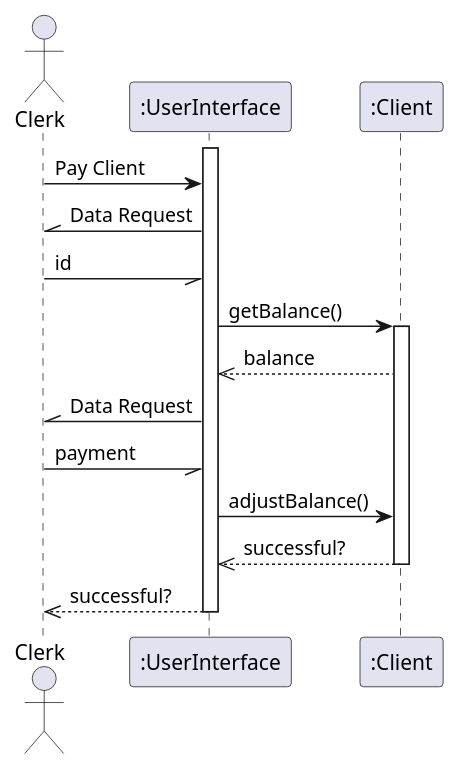
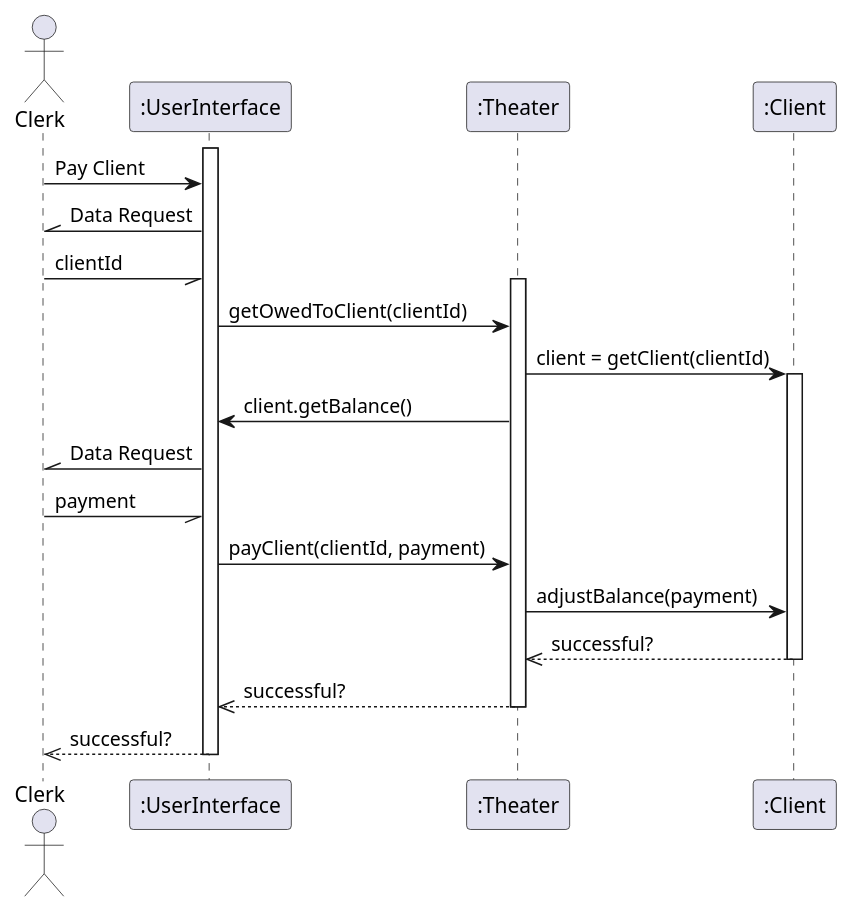
Before and after one commit to FreezeWarp/372Groupwork: the diagram in src/SequenceDiagrams/payClient.pu, drawn with PlantUML. The commit also changed 1 other file, not shown here.

Commit message:
Fixed/updated payClient sequence diagram

```diff
--- a/src/SequenceDiagrams/payClient.pu
+++ b/src/SequenceDiagrams/payClient.pu
@@ -1,20 +1,25 @@
 @startuml
 
 actor Clerk
 
 activate ":UserInterface"
 Clerk -> ":UserInterface" : Pay Client
 Clerk //- ":UserInterface": Data Request
-Clerk -// ":UserInterface": id
+Clerk -// ":UserInterface": clientId
 
-":UserInterface" -> ":Client" : getBalance()
+activate ":Theater"
+":UserInterface" -> ":Theater": getOwedToClient(clientId)
+":Theater" -> ":Client": client = getClient(clientId)
 activate ":Client"
-":Client" -->> ":UserInterface": balance
+":Theater" -> ":UserInterface" : client.getBalance()
 Clerk //- ":UserInterface": Data Request
 Clerk -// ":UserInterface": payment
-":UserInterface" -> ":Client" : adjustBalance()
-":Client" -->> ":UserInterface" : successful?
+":UserInterface" -> ":Theater" : payClient(clientId, payment)
+":Theater" -> ":Client" : adjustBalance(payment)
+":Client" -->> ":Theater" : successful?
 deactivate ":Client"
+":Theater" -->> ":UserInterface" : successful?
+deactivate ":Theater"
 ":UserInterface" -->> Clerk : successful?
 deactivate ":UserInterface"
 @enduml
```
